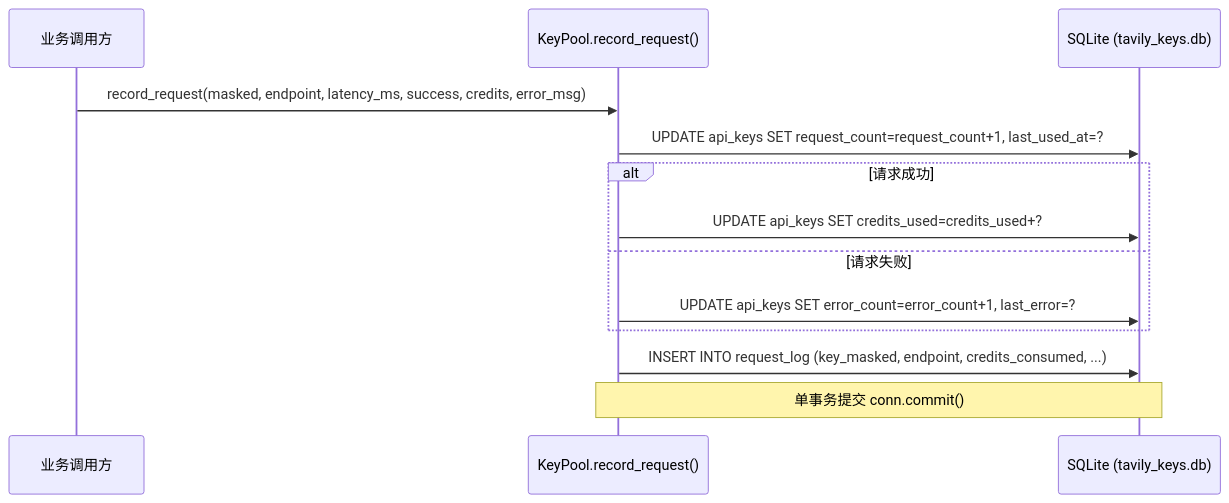
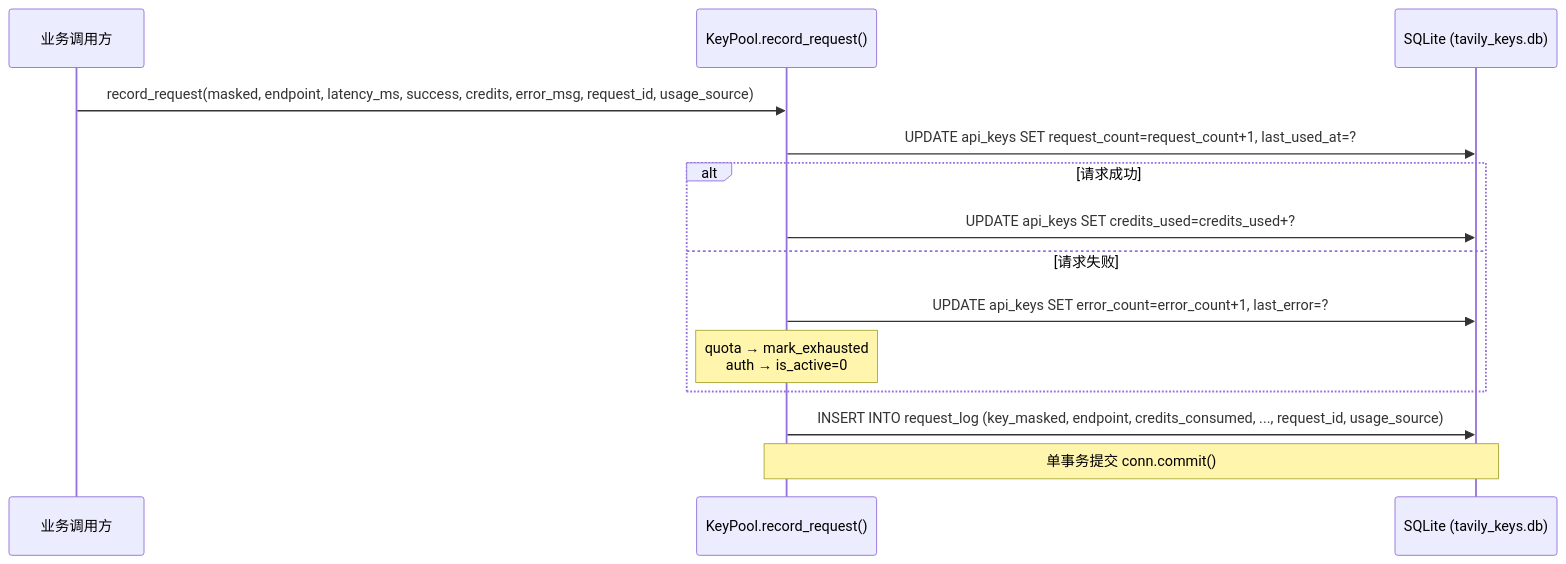
One commit to zylyes/tavily-key changed the second of 3 diagrams in docs/wiki/核心功能/用量追踪与日志.md. Above: the diagram before and after it, drawn with Mermaid. The commit also changed other lines of this file and 16 other files, not shown here.

````diff
--- a/docs/wiki/核心功能/用量追踪与日志.md
+++ b/docs/wiki/核心功能/用量追踪与日志.md
@@ -169,16 +237,17 @@
 ```mermaid
 sequenceDiagram
     participant App as 业务调用方
     participant KP as KeyPool.record_request()
     participant DB as SQLite (tavily_keys.db)
 
-    App->>KP: record_request(masked, endpoint, latency_ms, success, credits, error_msg)
+    App->>KP: record_request(masked, endpoint, latency_ms, success, credits, error_msg, request_id, usage_source)
     KP->>DB: UPDATE api_keys SET request_count=request_count+1, last_used_at=?
     alt 请求成功
         KP->>DB: UPDATE api_keys SET credits_used=credits_used+?
     else 请求失败
         KP->>DB: UPDATE api_keys SET error_count=error_count+1, last_error=?
+        Note over KP: quota → mark_exhausted<br/>auth → is_active=0
     end
-    KP->>DB: INSERT INTO request_log (key_masked, endpoint, credits_consumed, ...)
+    KP->>DB: INSERT INTO request_log (key_masked, endpoint, credits_consumed, ..., request_id, usage_source)
     Note over KP,DB: 单事务提交 conn.commit()
 ```
````
